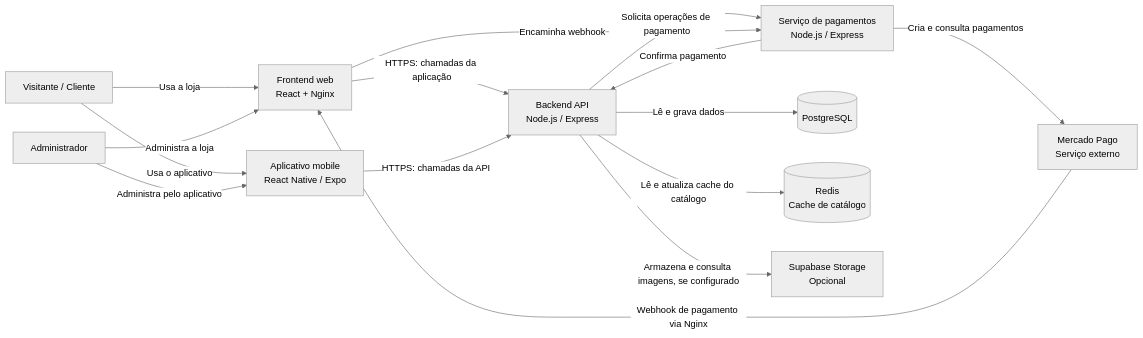
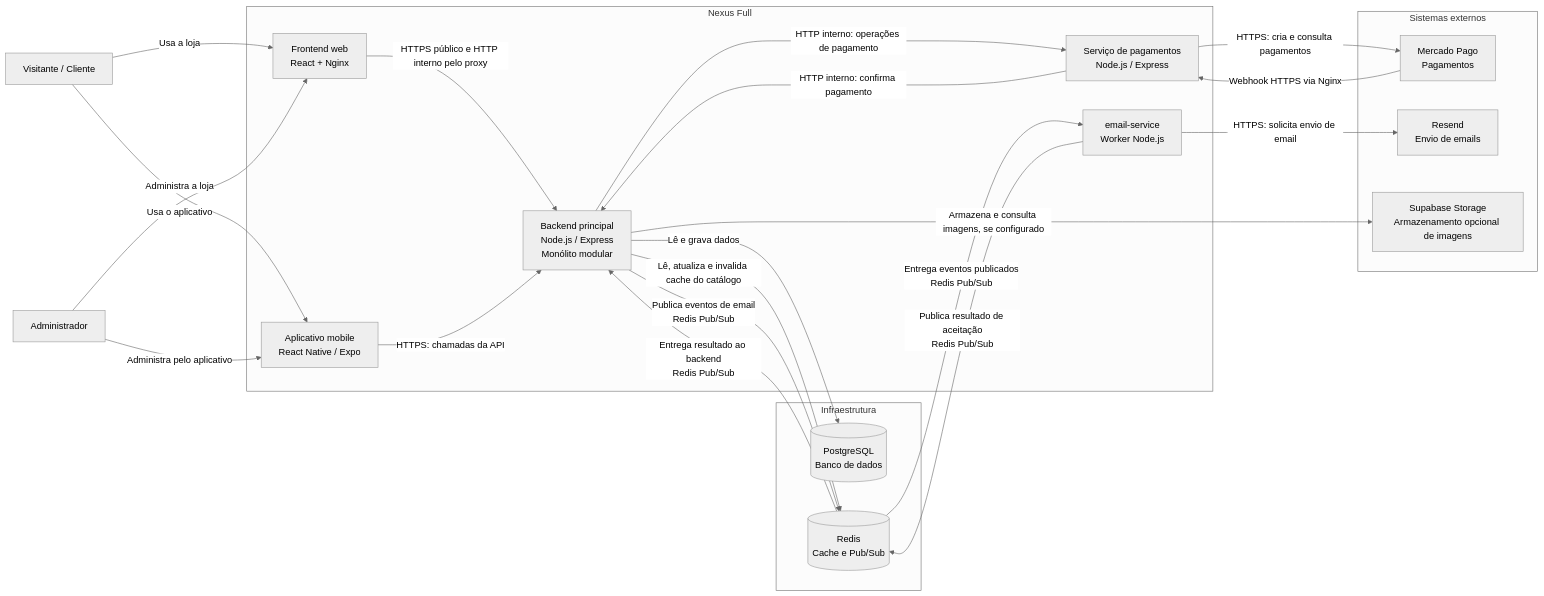
One commit to Mumurilo375/nexusFull changed the diagram in documentacao/c4-containers.md. Above: the diagram before and after it, drawn with Mermaid (neutral theme). The commit also changed other lines of this file and 6 other files, not shown here.

Commit message:
Atualiza documentação, CI e testes do backend

````diff
--- a/documentacao/c4-containers.md
+++ b/documentacao/c4-containers.md
@@ -5,28 +5,43 @@
 ```mermaid
 flowchart LR
     visitante[Visitante / Cliente]
     admin[Administrador]
-    web[Frontend web<br/>React + Nginx]
-    mobile[Aplicativo mobile<br/>React Native / Expo]
-    api[Backend API<br/>Node.js / Express]
-    pagamentos[Serviço de pagamentos<br/>Node.js / Express]
-    postgres[(PostgreSQL)]
-    redis[(Redis<br/>Cache de catálogo)]
-    mercado[Mercado Pago<br/>Serviço externo]
-    supabase[Supabase Storage<br/>Opcional]
+
+    subgraph nexus[Nexus Full]
+        web[Frontend web<br/>React + Nginx]
+        mobile[Aplicativo mobile<br/>React Native / Expo]
+        api[Backend principal<br/>Node.js / Express<br/>Monólito modular]
+        pagamentos[Serviço de pagamentos<br/>Node.js / Express]
+        email[email-service<br/>Worker Node.js]
+    end
+
+    subgraph infraestrutura[Infraestrutura]
+        postgres[(PostgreSQL<br/>Banco de dados)]
+        redis[(Redis<br/>Cache e Pub/Sub)]
+    end
+
+    subgraph externos[Sistemas externos]
+        mercado[Mercado Pago<br/>Pagamentos]
+        resend[Resend<br/>Envio de emails]
+        supabase[Supabase Storage<br/>Armazenamento opcional de imagens]
+    end
 
     visitante -->|Usa a loja| web
     admin -->|Administra a loja| web
     visitante -->|Usa o aplicativo| mobile
     admin -->|Administra pelo aplicativo| mobile
-    web -->|HTTPS: chamadas da aplicação| api
+    web -->|HTTPS público e HTTP interno pelo proxy| api
     mobile -->|HTTPS: chamadas da API| api
     api -->|Lê e grava dados| postgres
-    api -->|Lê e atualiza cache do catálogo| redis
-    api -->|Solicita operações de pagamento| pagamentos
-    pagamentos -->|Cria e consulta pagamentos| mercado
-    mercado -->|Webhook de pagamento via Nginx| web
-    web -->|Encaminha webhook| pagamentos
-    pagamentos -->|Confirma pagamento| api
+    api -->|Lê, atualiza e invalida cache do catálogo| redis
+    api -->|HTTP interno: operações de pagamento| pagamentos
+    pagamentos -->|HTTPS: cria e consulta pagamentos| mercado
+    mercado -->|Webhook HTTPS via Nginx| pagamentos
+    pagamentos -->|HTTP interno: confirma pagamento| api
+    api -->|Publica eventos de email<br/>Redis Pub/Sub| redis
+    redis -->|Entrega eventos publicados<br/>Redis Pub/Sub| email
+    email -->|Publica resultado de aceitação<br/>Redis Pub/Sub| redis
+    redis -->|Entrega resultado ao backend<br/>Redis Pub/Sub| api
+    email -->|HTTPS: solicita envio de email| resend
     api -->|Armazena e consulta imagens, se configurado| supabase
 ```
````
